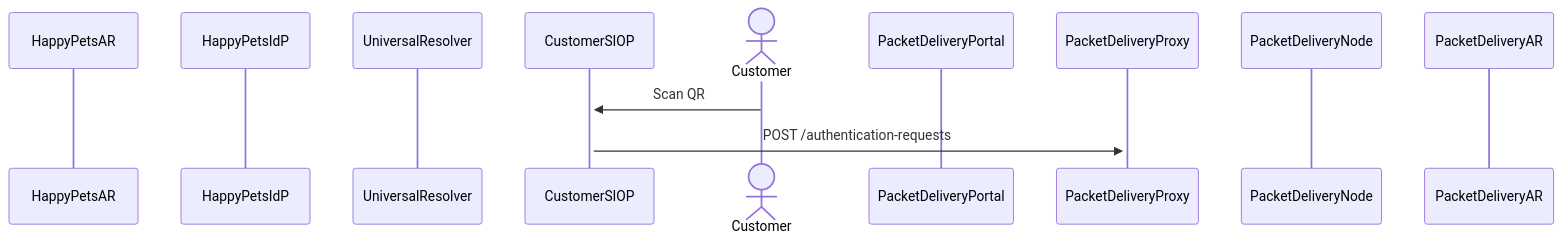
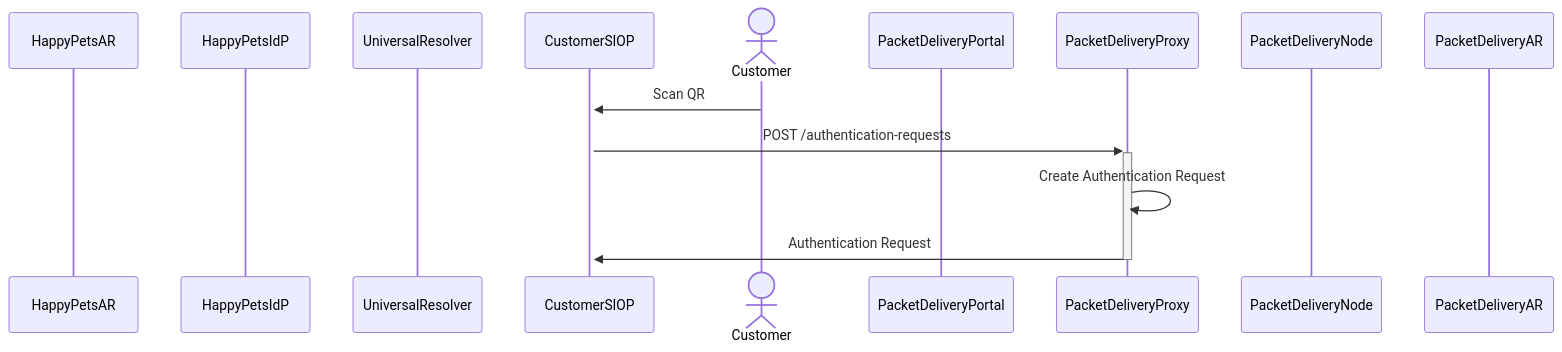
Before and after one commit to hesusruiz/dsbamvf: the second of 2 diagrams in access_service.md, drawn with Mermaid. The commit also changed other lines of this file, not shown here.

````diff
--- a/access_service.md
+++ b/access_service.md
@@ -25,15 +34,17 @@
 ```mermaid
 sequenceDiagram
     participant HappyPetsAR
     participant HappyPetsIdP
     participant UniversalResolver
     participant CustomerSIOP
     actor Customer
     participant PacketDeliveryPortal
     participant PacketDeliveryProxy
     participant PacketDeliveryNode
     participant PacketDeliveryAR
 
     Customer->>+CustomerSIOP: Scan QR
     CustomerSIOP->>+PacketDeliveryProxy: POST /authentication-requests
+    PacketDeliveryProxy->>PacketDeliveryProxy: Create Authentication Request
+    PacketDeliveryProxy->>-CustomerSIOP: Authentication Request    
 ```
````
